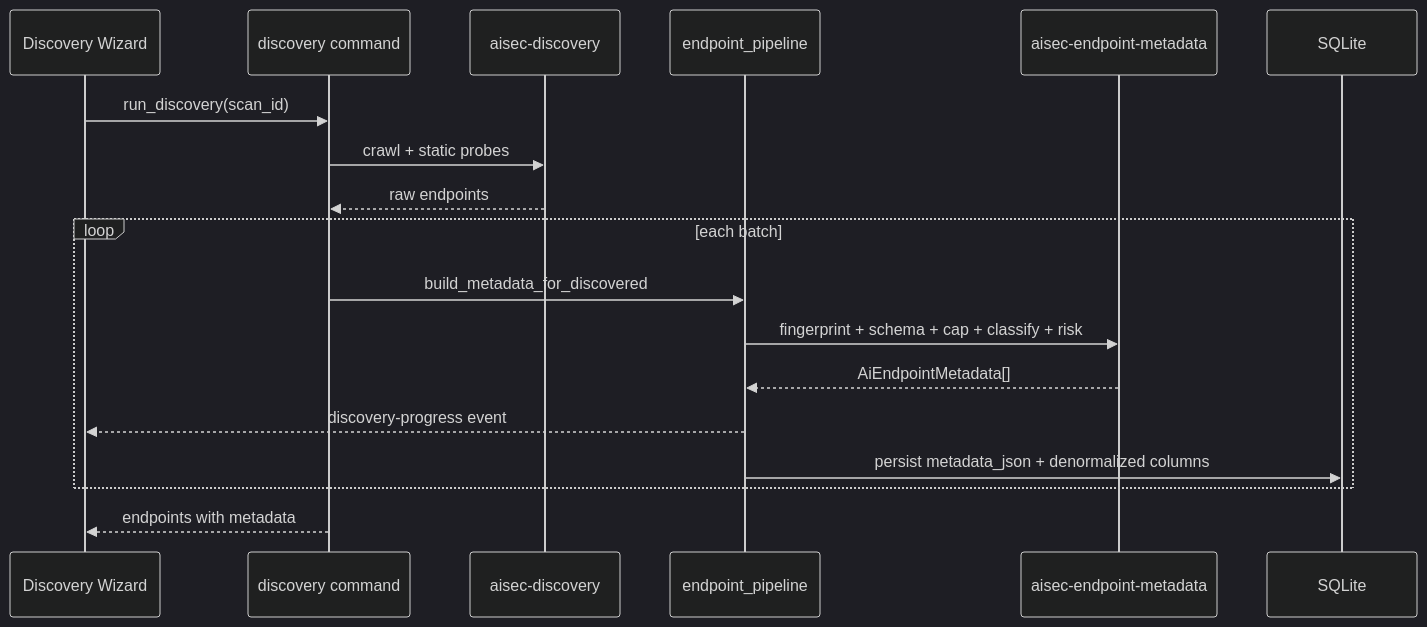
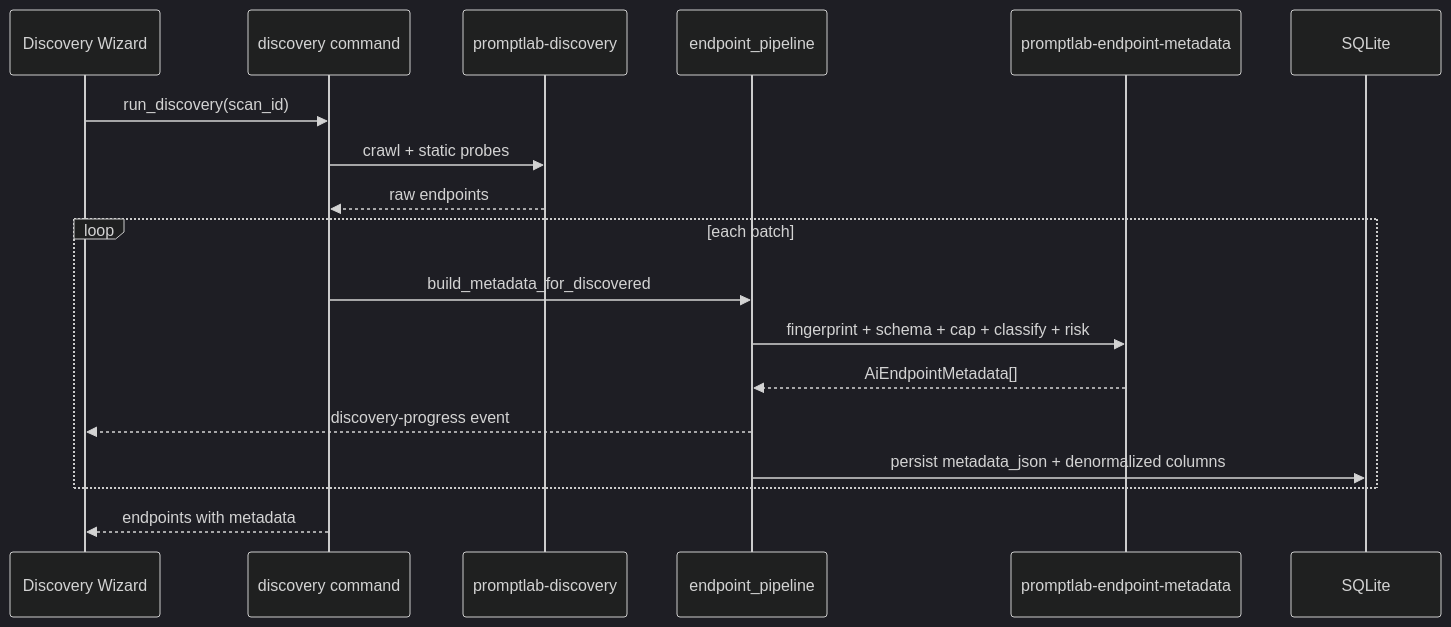
Before and after one commit to YangYang-Research/yang-promptlab: the second of 2 diagrams in docs/AI_DISCOVERY_ARCHITECTURE.md, drawn with Mermaid (dark theme). The commit also changed other lines of this file and 352 other files, not shown here.

First line of the commit message:
feat(promptlab): migrate from AISec to PromptLab framework

````diff
--- a/docs/AI_DISCOVERY_ARCHITECTURE.md
+++ b/docs/AI_DISCOVERY_ARCHITECTURE.md
@@ -68,21 +68,21 @@
 ```mermaid
 sequenceDiagram
     participant UI as Discovery Wizard
     participant CMD as discovery command
-    participant DISC as aisec-discovery
+    participant DISC as promptlab-discovery
     participant PIPE as endpoint_pipeline
-    participant META as aisec-endpoint-metadata
+    participant META as promptlab-endpoint-metadata
     participant DB as SQLite
 
     UI->>CMD: run_discovery(scan_id)
     CMD->>DISC: crawl + static probes
     DISC-->>CMD: raw endpoints
     loop each batch
         CMD->>PIPE: build_metadata_for_discovered
         PIPE->>META: fingerprint + schema + cap + classify + risk
         META-->>PIPE: AiEndpointMetadata[]
         PIPE-->>UI: discovery-progress event
         PIPE->>DB: persist metadata_json + denormalized columns
     end
     CMD-->>UI: endpoints with metadata
 ```
````
